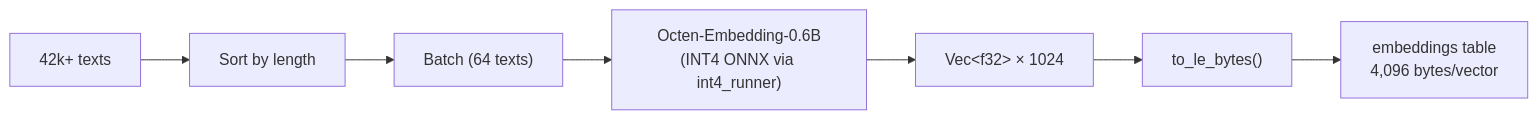
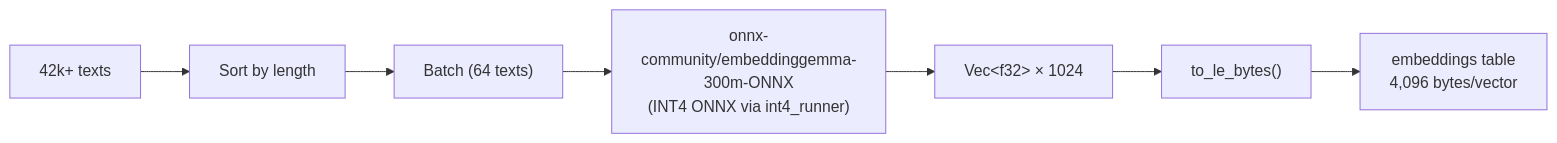
The seventh of 8 diagrams in packages/embeddings/README.md (geoffsee/proseva), drawn with Mermaid before and after one commit. The commit also changed other lines of this file and 52 other files, not shown here.

Commit message:
Remove embedding benchmark tool and associated artifacts, including ONNX model, tokenizer, and SQLite DB

````diff
--- a/packages/embeddings/README.md
+++ b/packages/embeddings/README.md
@@ -325,9 +325,9 @@
 ```mermaid
 flowchart LR
     TEXTS["42k+ texts"] --> SORT["Sort by length"]
     SORT --> BATCH["Batch (64 texts)"]
-    BATCH --> MODEL["Octen-Embedding-0.6B<br/>(INT4 ONNX via int4_runner)"]
+    BATCH --> MODEL["onnx-community/embeddinggemma-300m-ONNX<br/>(INT4 ONNX via int4_runner)"]
     MODEL --> VEC["Vec&lt;f32&gt; × 1024"]
     VEC --> BLOB["to_le_bytes()"]
     BLOB --> DB["embeddings table<br/>4,096 bytes/vector"]
 ```
````
